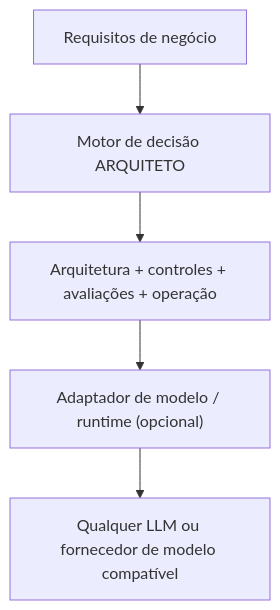
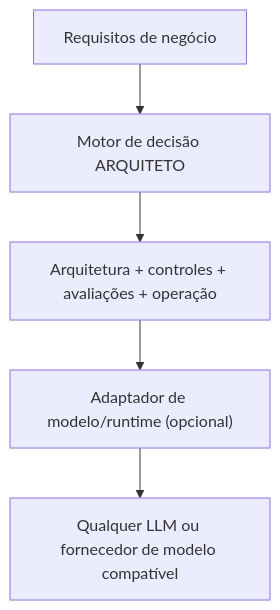
The first of 2 diagrams in README.pt-br.md (brunovicco/architect-ai-framework), drawn with Mermaid before and after one commit. The commit also changed other lines of this file and 26 other files, not shown here.

First line of the commit message:
Rename package to architect, add Google-style docstrings, remove decorative emojis

````diff
--- a/README.pt-br.md
+++ b/README.pt-br.md
@@ -54,7 +54,7 @@
 ```mermaid
 flowchart TD
     A[Requisitos de negócio] --> B[Motor de decisão ARQUITETO]
     B --> C[Arquitetura + controles + avaliações + operação]
-    C --> D["Adaptador de modelo / runtime (opcional)"]
+    C --> D["Adaptador de modelo/runtime (opcional)"]
     D --> E[Qualquer LLM ou fornecedor de modelo compatível]
 ```
````
